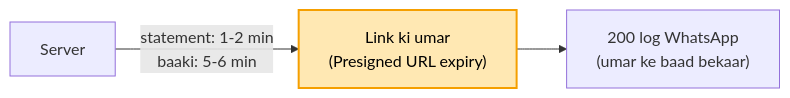
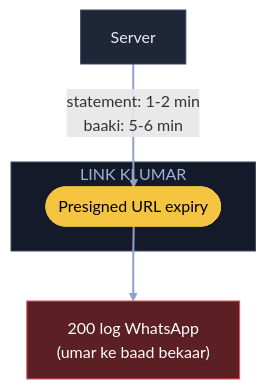
The seventh of 8 diagrams in 04_HLD/SYSTEM_DESIGNS/07_file_upload_validate_system/07_file_upload.md (ArpanMaheshwari144/Prep), drawn with Mermaid before and after one commit. The commit also changed other lines of this file, not shown here.

Commit message:
File upload: 8 diagram YouTube (reel) wale card andaaz me

````diff
--- a/04_HLD/SYSTEM_DESIGNS/07_file_upload_validate_system/07_file_upload.md
+++ b/04_HLD/SYSTEM_DESIGNS/07_file_upload_validate_system/07_file_upload.md
@@ -183,6 +253,16 @@
 ```mermaid
-flowchart LR
-    U["Server"] -- "statement: 1-2 min<br/>baaki: 5-6 min" --> L["Link ki umar<br/>(Presigned URL expiry)"]
-    L --> G["200 log WhatsApp<br/>(umar ke baad bekaar)"]
-    style L fill:#ffe8b3,stroke:#f59f00,stroke-width:2px,color:#000
+flowchart TB
+    U["Server"]:::card
+    subgraph LU["LINK KI UMAR"]
+        L(["Presigned URL expiry"]):::pill
+    end
+    G["200 log WhatsApp<br/>(umar ke baad bekaar)"]:::bad
+    U -- "statement: 1-2 min<br/>baaki: 5-6 min" --> L
+    L --> G
+    linkStyle default stroke:#8fa3c7,stroke-width:2px
+    classDef card fill:#1e2638,stroke:#3a4a6b,color:#e8ecf5
+    classDef pill fill:#f5c542,stroke:#f5c542,color:#000
+    classDef good fill:#2e7d4f,stroke:#3fbf6f,color:#fff
+    classDef bad fill:#5c1f24,stroke:#e05561,color:#fff
+    style LU fill:#141a29,stroke:#3a4a6b,color:#9fb3d9
 ```
````
